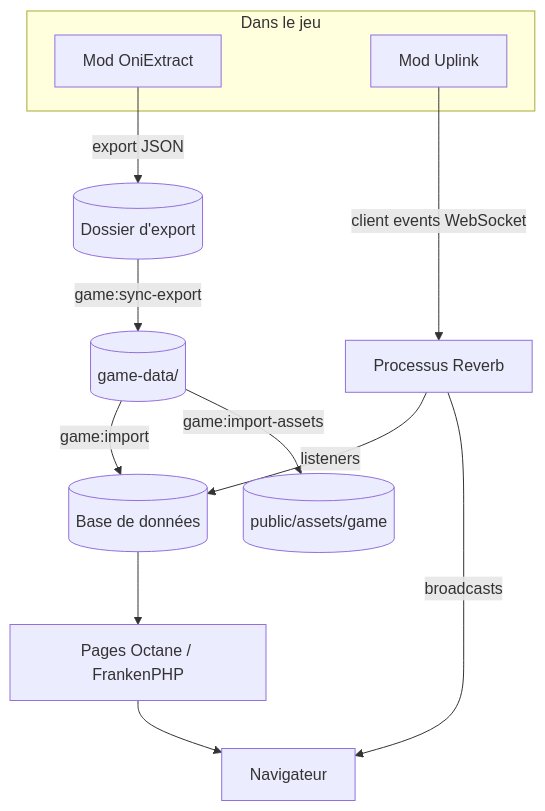
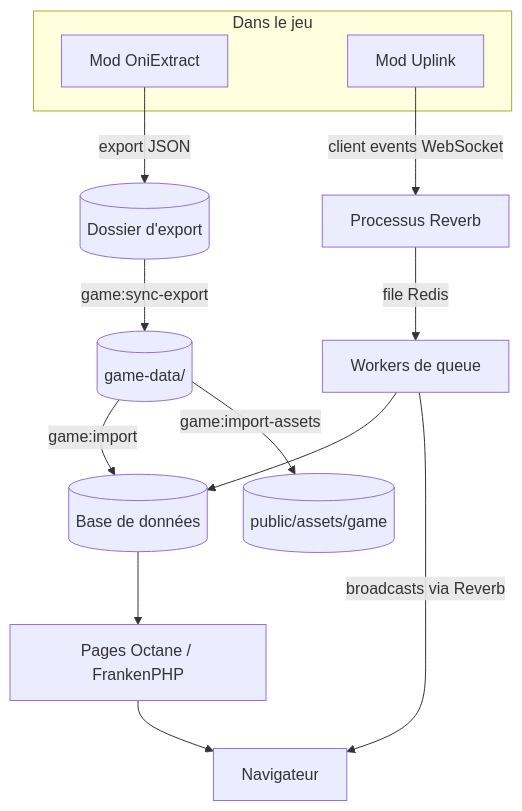
Before and after one commit to SirMishaa/oni-planer: the diagram in docs/site/development/architecture.md, drawn with Mermaid. The commit also changed other lines of this file and 4 other files, not shown here.

````diff
--- a/docs/site/development/architecture.md
+++ b/docs/site/development/architecture.md
@@ -12,29 +12,30 @@
 ```mermaid
 ---
 config:
   flowchart:
     curve: basis
     nodeSpacing: 36
     rankSpacing: 48
     padding: 14
   themeVariables:
     fontSize: 16px
 ---
 flowchart TB
   subgraph Jeu[Dans le jeu]
     OE[Mod OniExtract]
     UL[Mod Uplink]
   end
   OE -->|export JSON| EX[(Dossier d'export)]
   EX -->|game:sync-export| GD[(game-data/)]
   GD -->|game:import| DB[(Base de données)]
   GD -->|game:import-assets| AS[(public/assets/game)]
   UL -->|client events WebSocket| RV[Processus Reverb]
-  RV -->|listeners| DB
+  RV -->|file Redis| WK[Workers de queue]
+  WK --> DB
   DB --> OC[Pages Octane / FrankenPHP]
-  RV -->|broadcasts| BR[Navigateur]
+  WK -->|broadcasts via Reverb| BR[Navigateur]
   OC --> BR
   class OE,UL game
-  class RV,OC,BR site
+  class RV,WK,OC,BR site
   class EX,GD,DB,AS store
 ```
````
